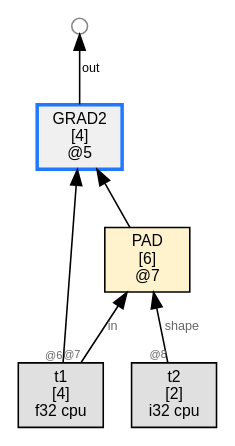
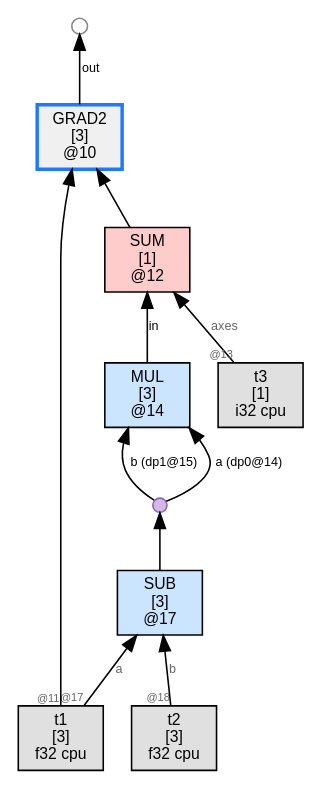
The diagram in wl/examples/thvm_graphs/grad_rules/gradu_poly/thvm_0_pre_reduce.dot (sw1sh/TinyHVM), drawn with Graphviz before and after one commit. The commit also changed 19 other files, not shown here.

First line of the commit message:
grad: EXPAND rule direct-emit — 105/105 e2e pass CPU+Metal

```diff
--- a/wl/examples/thvm_graphs/grad_rules/gradu_poly/thvm_0_pre_reduce.dot
+++ b/wl/examples/thvm_graphs/grad_rules/gradu_poly/thvm_0_pre_reduce.dot
@@ -1,16 +1,25 @@
 digraph G {
   rankdir=BT;
   node [fontname="Helvetica", fontsize=10, style=filled, shape=box, margin="0.1,0.05"];
   edge [fontsize=8, fontname="Helvetica"];
 
-  n7 [label="PAD\n[6]\n@7", shape=box, fillcolor="#fff3cd"];
-  t1 [label="t1\n[4]\nf32 cpu",shape=box,fillcolor="#e0e0e0"];
-  t1 -> n7 [label="in",taillabel="@7",labelfontsize=7,fontcolor="#666666"];
-  t2 [label="t2\n[2]\ni32 cpu",shape=box,fillcolor="#e0e0e0"];
-  t2 -> n7 [label="shape",taillabel="@8",labelfontsize=7,fontcolor="#666666"];
-  n5 [label="GRAD2\n[4]\n@5", shape=box, fillcolor="#f0f0f0",color="#1f78ff",penwidth=2.2];
-  n7 -> n5 [label=""];
-  t1 -> n5 [label="",taillabel="@6",labelfontsize=7,fontcolor="#666666"];
-  free5_1000 [label="",shape=circle,width=0.14,height=0.14,fixedsize=true,fillcolor="#ffffff",color="#888888",fontsize=1];
-  n5 -> free5_1000 [label="out"];
+  n12 [label="SUM\n[1]\n@12", shape=box, fillcolor="#ffcccc"];
+  n14 -> n12 [label="in"];
+  t3 [label="t3\n[1]\ni32 cpu",shape=box,fillcolor="#e0e0e0"];
+  t3 -> n12 [label="axes",taillabel="@13",labelfontsize=7,fontcolor="#666666"];
+  n14 [label="MUL\n[3]\n@14", shape=box, fillcolor="#cce5ff"];
+  dup16 [label="", shape=circle, width=0.12, height=0.12, fixedsize=true, fillcolor="#d4b8e8", color="#8a63b7", fontsize=1];
+  n17 -> dup16;
+  dup16 -> n14 [label="a (dp0@14)"];
+  dup16 -> n14 [label="b (dp1@15)"];
+  n17 [label="SUB\n[3]\n@17", shape=box, fillcolor="#cce5ff"];
+  t1 [label="t1\n[3]\nf32 cpu",shape=box,fillcolor="#e0e0e0"];
+  t1 -> n17 [label="a",taillabel="@17",labelfontsize=7,fontcolor="#666666"];
+  t2 [label="t2\n[3]\nf32 cpu",shape=box,fillcolor="#e0e0e0"];
+  t2 -> n17 [label="b",taillabel="@18",labelfontsize=7,fontcolor="#666666"];
+  n10 [label="GRAD2\n[3]\n@10", shape=box, fillcolor="#f0f0f0",color="#1f78ff",penwidth=2.2];
+  n12 -> n10 [label=""];
+  t1 -> n10 [label="",taillabel="@11",labelfontsize=7,fontcolor="#666666"];
+  free10_1000 [label="",shape=circle,width=0.14,height=0.14,fixedsize=true,fillcolor="#ffffff",color="#888888",fontsize=1];
+  n10 -> free10_1000 [label="out"];
 }
```
